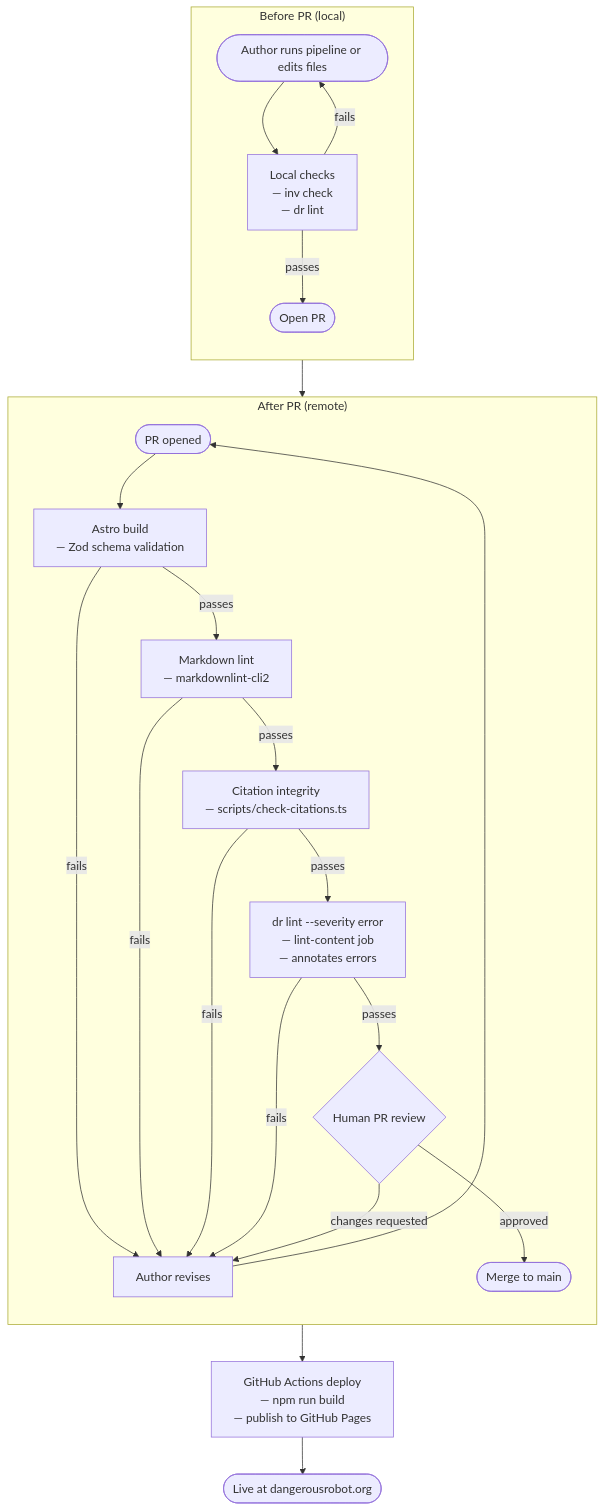
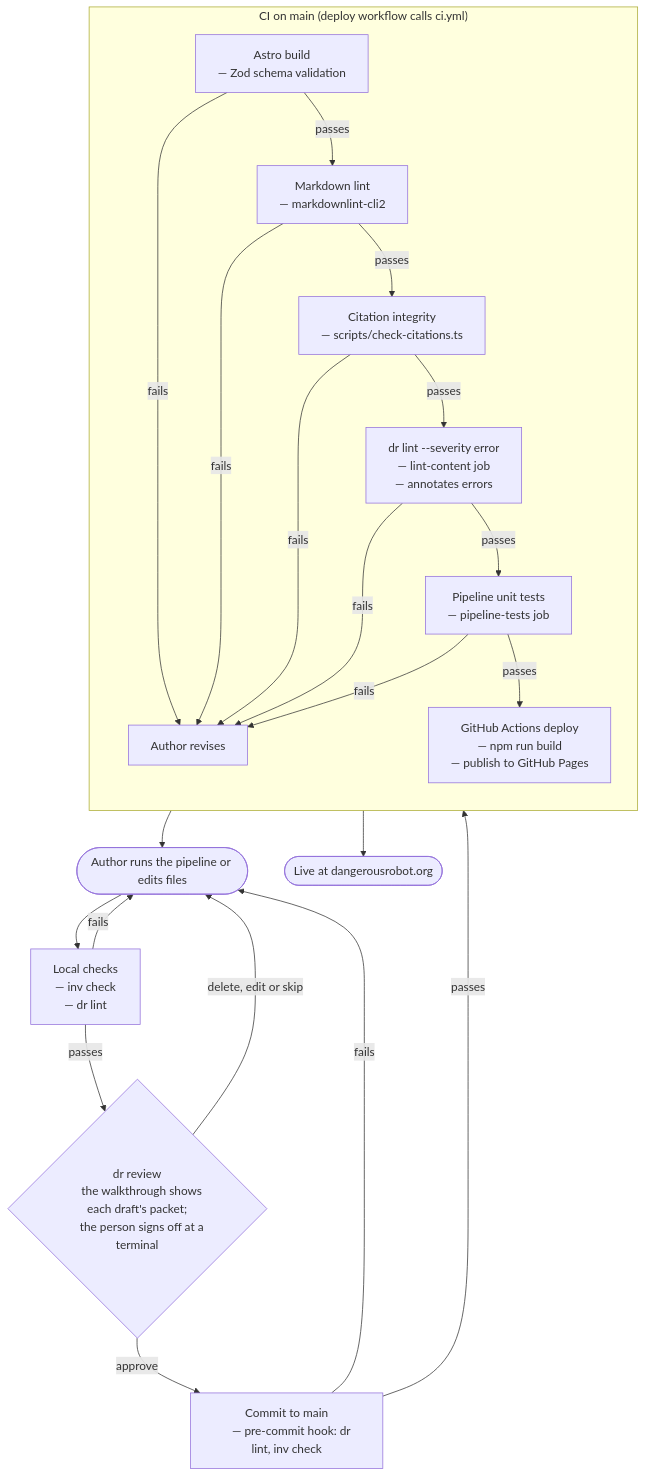
One commit to dangerous-robot/site changed the fifth of 6 diagrams in docs/architecture/research-flow.md. Above: the diagram before and after it, drawn with Mermaid. The commit also changed other lines of this file and 37 other files, not shown here.

First line of the commit message:
feat(re-av): review packet

````diff
--- a/docs/architecture/research-flow.md
+++ b/docs/architecture/research-flow.md
@@ -168,45 +166,49 @@
 ```mermaid
 flowchart TD
-    subgraph before ["Before PR (local)"]
+    START([Author runs the pipeline or edits files]) --> LOCAL
+    LOCAL["Local checks
+    — inv check
+    — dr lint"]
+    LOCAL -->|fails| START
+    LOCAL -->|passes| REV
+    REV{"dr review
+    the walkthrough shows each draft's packet;
+    the person signs off at a terminal"}
+    REV -->|delete, edit or skip| START
+    REV -->|approve| COMMIT
+    COMMIT["Commit to main
+    — pre-commit hook: dr lint, inv check"]
+    COMMIT -->|fails| START
+    COMMIT -->|passes| CI1
+
+    subgraph ci ["CI on main (deploy workflow calls ci.yml)"]
         direction TB
-        START([Author runs pipeline or edits files]) --> LOCAL
-        LOCAL["Local checks
-        — inv check
-        — dr lint"]
-        LOCAL -->|fails| START
-        LOCAL -->|passes| OPEN([Open PR])
-    end
-
-    OPEN --> AFTER_ENTRY
-
-    subgraph after ["After PR (remote)"]
-        direction TB
-        AFTER_ENTRY([PR opened]) --> CI1
         CI1["Astro build
         — Zod schema validation"]
         CI1 -->|fails| REWORK[Author revises]
         CI1 -->|passes| CI2
         CI2["Markdown lint
         — markdownlint-cli2"]
         CI2 -->|fails| REWORK
         CI2 -->|passes| CI3
         CI3["Citation integrity
         — scripts/check-citations.ts"]
         CI3 -->|fails| REWORK
         CI3 -->|passes| CI4
         CI4["dr lint --severity error
         — lint-content job
         — annotates errors"]
         CI4 -->|fails| REWORK
-        CI4 -->|passes| REV
-        REV{Human PR review}
-        REV -->|changes requested| REWORK
-        REV -->|approved| MERGE([Merge to main])
-        REWORK --> AFTER_ENTRY
+        CI4 -->|passes| CI5
+        CI5["Pipeline unit tests
+        — pipeline-tests job"]
+        CI5 -->|fails| REWORK
+        CI5 -->|passes| DEPLOY
     end
 
-    MERGE --> DEPLOY["GitHub Actions deploy
+    REWORK --> START
+    DEPLOY["GitHub Actions deploy
     — npm run build
     — publish to GitHub Pages"]
     DEPLOY --> LIVE([Live at dangerousrobot.org])
 ```
````
